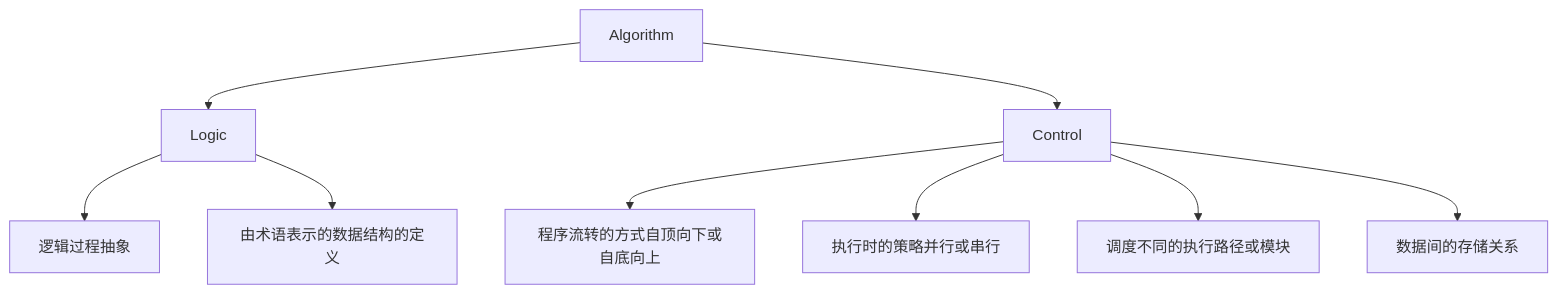
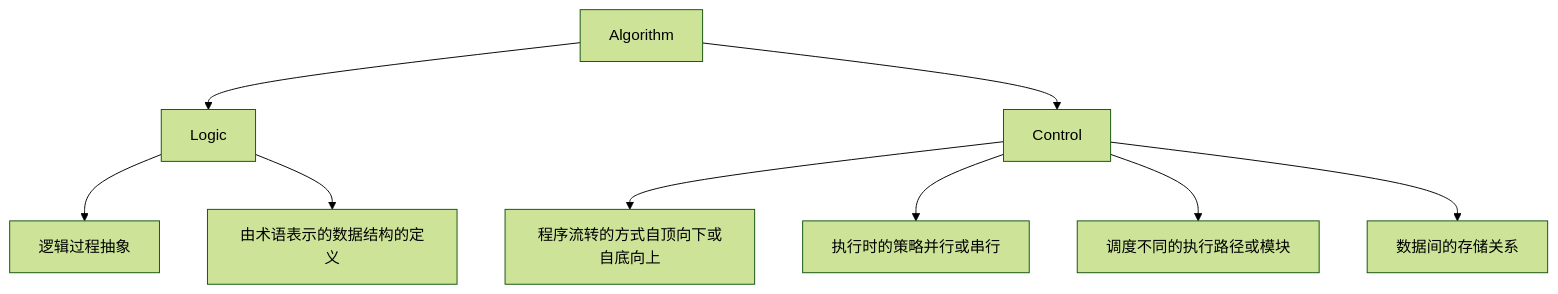
One commit to WJRye/wjrye.github.io changed the diagram in _fragments/Programs.md. Above: the diagram before and after it, drawn with Mermaid. The commit also changed other lines of this file and 2 other files, not shown here.

Commit message:
fix: mermaid 图显示不出来问题

````diff
--- a/_fragments/Programs.md
+++ b/_fragments/Programs.md
@@ -25,11 +24,12 @@
-<div class="mermaid">
+```mermaid
+%%{ init : { "theme": "forest" } }%%
 graph TD;
     A[Algorithm] --> B[Logic];
     A --> C[Control];
     B --> 逻辑过程抽象;
     B --> 由术语表示的数据结构的定义;
     C --> 程序流转的方式自顶向下或自底向上;
     C --> 执行时的策略并行或串行;
     C --> 调度不同的执行路径或模块;
     C --> 数据间的存储关系;
-</div>
+```
````
